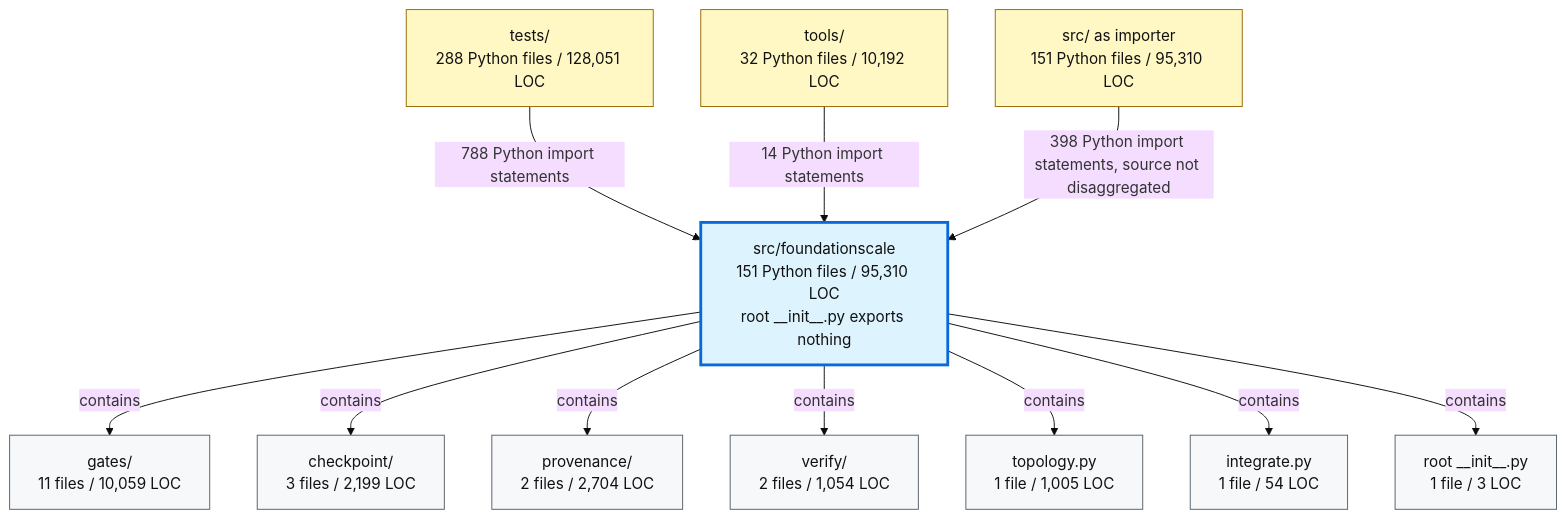
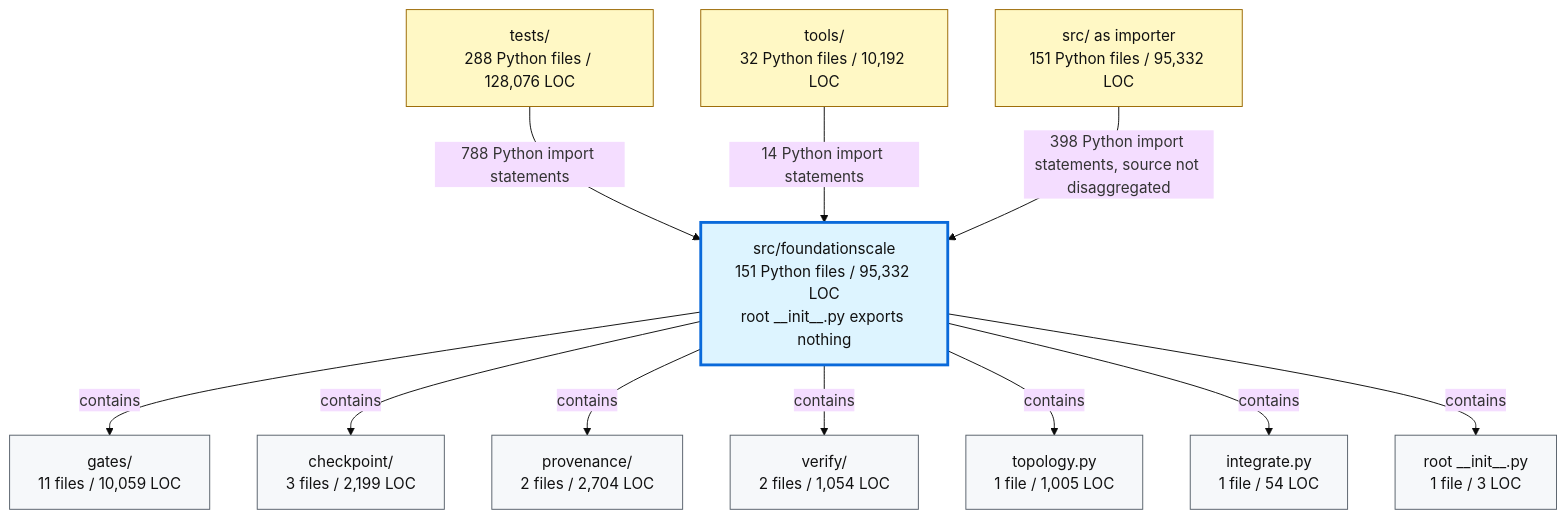
One commit to TranNhiem/FoundationScale changed the second of 2 diagrams in docs/review/D2_current_architecture.md. Above: the diagram before and after it, drawn with Mermaid (base theme). The commit also changed other lines of this file and 12 other files, not shown here.

````diff
--- a/docs/review/D2_current_architecture.md
+++ b/docs/review/D2_current_architecture.md
@@ -97,36 +97,36 @@
 ```mermaid
 flowchart TB
-  TESTS["tests/<br/>288 Python files / 128,051 LOC"]
+  TESTS["tests/<br/>288 Python files / 128,076 LOC"]
   TOOLS["tools/<br/>32 Python files / 10,192 LOC"]
-  SRC["src/ as importer<br/>151 Python files / 95,310 LOC"]
+  SRC["src/ as importer<br/>151 Python files / 95,332 LOC"]
 
-  FS["src/foundationscale<br/>151 Python files / 95,310 LOC<br/>root __init__.py exports nothing"]
+  FS["src/foundationscale<br/>151 Python files / 95,332 LOC<br/>root __init__.py exports nothing"]
 
   GATES["gates/<br/>11 files / 10,059 LOC"]
   CKPT["checkpoint/<br/>3 files / 2,199 LOC"]
   PROV["provenance/<br/>2 files / 2,704 LOC"]
   VERIFY["verify/<br/>2 files / 1,054 LOC"]
   TOPO["topology.py<br/>1 file / 1,005 LOC"]
   INTEG["integrate.py<br/>1 file / 54 LOC"]
   ROOT["root __init__.py<br/>1 file / 3 LOC"]
 
   TESTS -->|"788 Python import statements"| FS
   TOOLS -->|"14 Python import statements"| FS
   SRC -->|"398 Python import statements, source not disaggregated"| FS
 
   FS -->|"contains"| GATES
   FS -->|"contains"| CKPT
   FS -->|"contains"| PROV
   FS -->|"contains"| VERIFY
   FS -->|"contains"| TOPO
   FS -->|"contains"| INTEG
   FS -->|"contains"| ROOT
 
   classDef consumer fill:#fff8c5,stroke:#9a6700,color:#111;
   classDef package fill:#ddf4ff,stroke:#0969da,stroke-width:3px,color:#111;
   classDef module fill:#f6f8fa,stroke:#57606a,color:#111;
 
   class TESTS,TOOLS,SRC consumer;
   class FS package;
   class GATES,CKPT,PROV,VERIFY,TOPO,INTEG,ROOT module;
 ```
````
